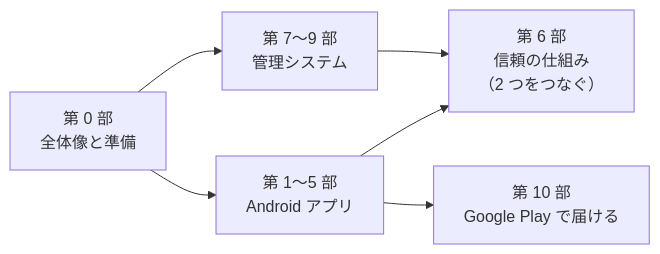
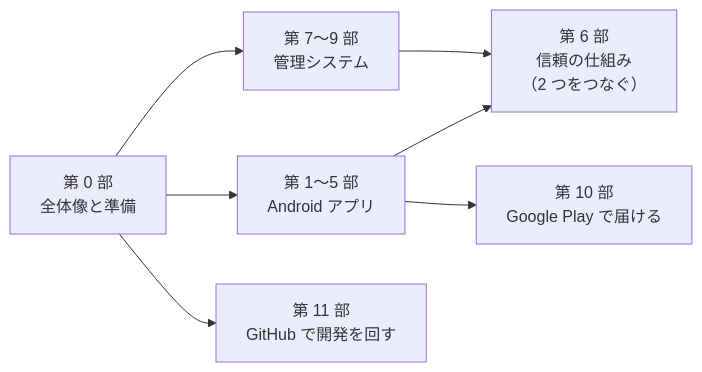
The diagram in README.md (duwenji/yorisoi-tutorial), drawn with Mermaid before and after one commit. The commit also changed other lines of this file and 7 other files, not shown here.

Commit message:
第 11 部を目次・カード一覧・技術の地図・関係する章・見直し手順につなぐ

````diff
--- a/README.md
+++ b/README.md
@@ -15,8 +15,9 @@
 ```mermaid
 flowchart LR
     P0["第 0 部<br/>全体像と準備"] --> P1["第 1〜5 部<br/>Android アプリ"]
     P0 --> P7["第 7〜9 部<br/>管理システム"]
     P1 --> P6["第 6 部<br/>信頼の仕組み<br/>（2 つをつなぐ）"]
     P7 --> P6
     P1 --> P10["第 10 部<br/>Google Play で届ける"]
+    P0 --> P11["第 11 部<br/>GitHub で開発を回す"]
 ```
````
